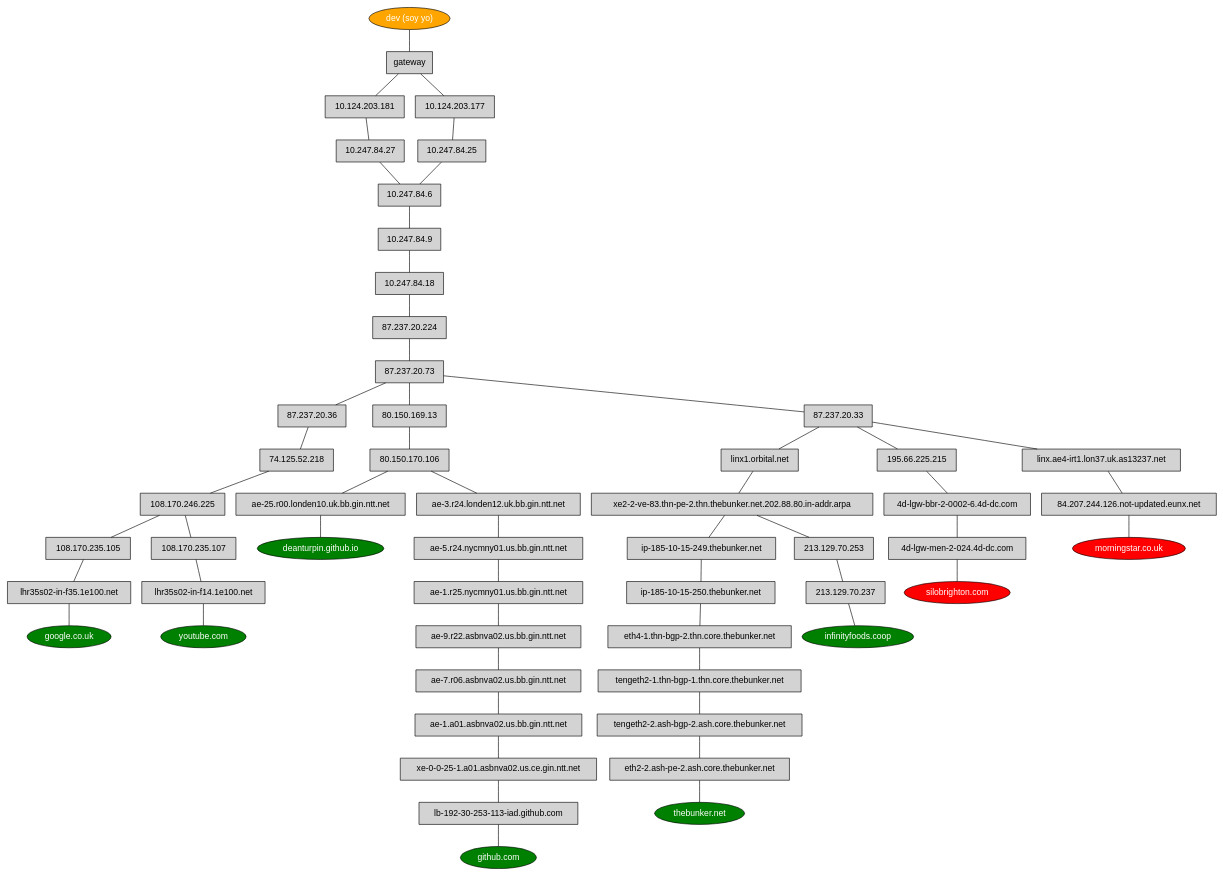
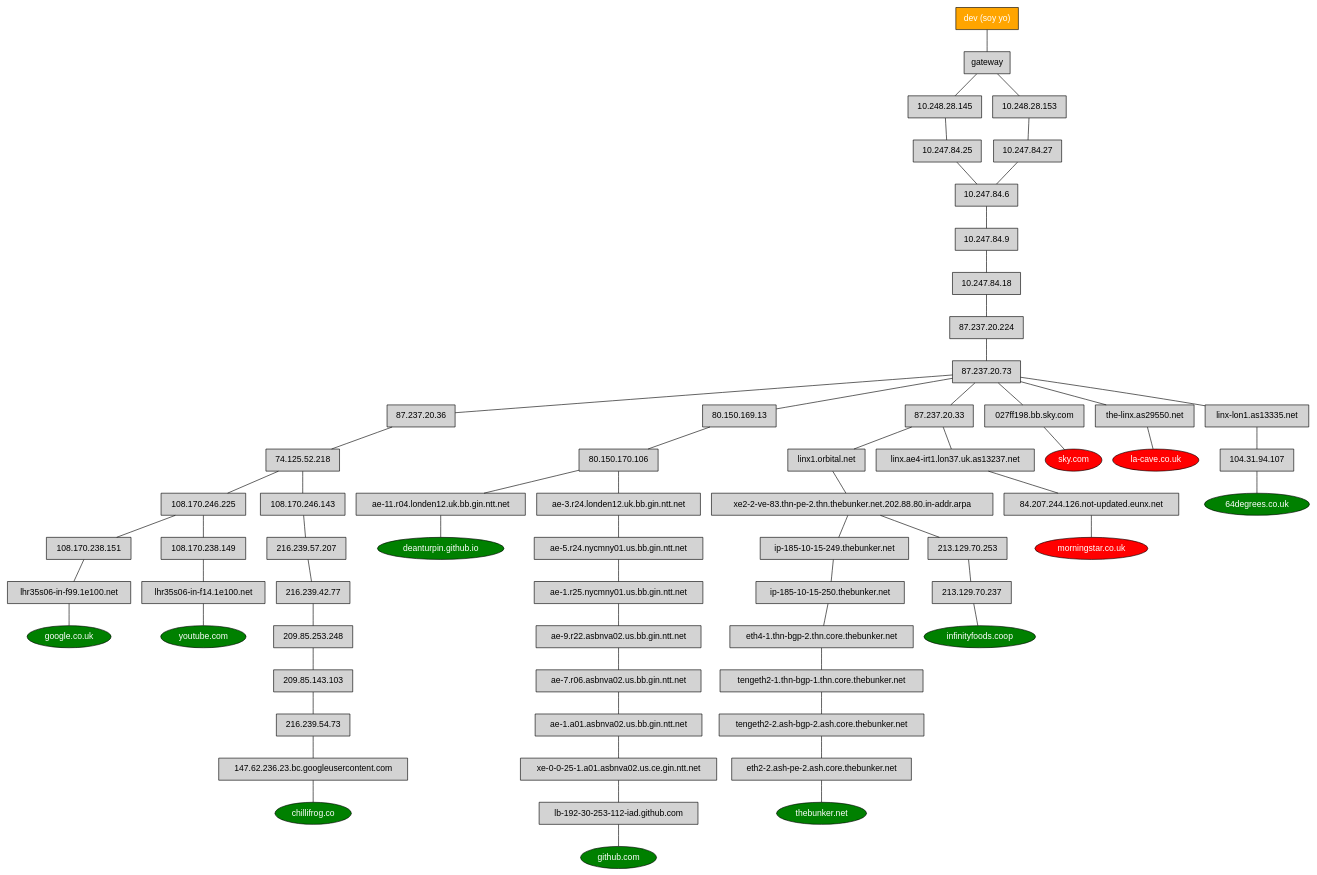
Before and after one commit to deanturpin/hosts2dot: the diagram in example.dot, drawn with Graphviz. The commit also changed 3 other files, not shown here.

```diff
--- a/example.dot
+++ b/example.dot
@@ -1,22 +1,31 @@
 strict graph {
 
-  node [shape=rectangle style=filled fontname=helvetica]
-  "soy yo" [label="dev (soy yo)" fillcolor=orange shape=oval fontcolor=white]
+node [shape=rectangle style=filled fontname=helvetica]
+soy_yo [label="dev (soy yo)" fillcolor=orange fontcolor=white]
 
-  "google.co.uk" [fillcolor=green shape=oval fontcolor=white]
-  "youtube.com" [fillcolor=green shape=oval fontcolor=white]
-  "deanturpin.github.io" [fillcolor=green shape=oval fontcolor=white]
-  "github.com" [fillcolor=green shape=oval fontcolor=white]
-  "thebunker.net" [fillcolor=green shape=oval fontcolor=white]
-  "silobrighton.com" [fillcolor=red shape=oval fontcolor=white]
-  "infinityfoods.coop" [fillcolor=green shape=oval fontcolor=white]
-  "morningstar.co.uk" [fillcolor=red shape=oval fontcolor=white]
-  "soy yo"--"gateway"--"10.124.203.181"--"10.247.84.27"--"10.247.84.6"--"10.247.84.9"--"10.247.84.18"--"87.237.20.224"--"87.237.20.73"--"87.237.20.36"--"74.125.52.218"--"108.170.246.225"--"108.170.235.105"--"lhr35s02-in-f35.1e100.net"--"google.co.uk"
-  "soy yo"--"gateway"--"10.124.203.177"--"10.247.84.25"--"10.247.84.6"--"10.247.84.9"--"10.247.84.18"--"87.237.20.224"--"87.237.20.73"--"87.237.20.36"--"74.125.52.218"--"108.170.246.225"--"108.170.235.107"--"lhr35s02-in-f14.1e100.net"--"youtube.com"
-  "soy yo"--"gateway"--"10.124.203.181"--"10.247.84.27"--"10.247.84.6"--"10.247.84.9"--"10.247.84.18"--"87.237.20.224"--"87.237.20.73"--"80.150.169.13"--"80.150.170.106"--"ae-25.r00.londen10.uk.bb.gin.ntt.net"--"deanturpin.github.io"
-  "soy yo"--"gateway"--"10.124.203.181"--"10.247.84.27"--"10.247.84.6"--"10.247.84.9"--"10.247.84.18"--"87.237.20.224"--"87.237.20.73"--"80.150.169.13"--"80.150.170.106"--"ae-3.r24.londen12.uk.bb.gin.ntt.net"--"ae-5.r24.nycmny01.us.bb.gin.ntt.net"--"ae-1.r25.nycmny01.us.bb.gin.ntt.net"--"ae-9.r22.asbnva02.us.bb.gin.ntt.net"--"ae-7.r06.asbnva02.us.bb.gin.ntt.net"--"ae-1.a01.asbnva02.us.bb.gin.ntt.net"--"xe-0-0-25-1.a01.asbnva02.us.ce.gin.ntt.net"--"lb-192-30-253-113-iad.github.com"--"github.com"
-  "soy yo"--"gateway"--"10.124.203.177"--"10.247.84.25"--"10.247.84.6"--"10.247.84.9"--"10.247.84.18"--"87.237.20.224"--"87.237.20.73"--"87.237.20.33"--"linx1.orbital.net"--"xe2-2-ve-83.thn-pe-2.thn.thebunker.net.202.88.80.in-addr.arpa"--"ip-185-10-15-249.thebunker.net"--"ip-185-10-15-250.thebunker.net"--"eth4-1.thn-bgp-2.thn.core.thebunker.net"--"tengeth2-1.thn-bgp-1.thn.core.thebunker.net"--"tengeth2-2.ash-bgp-2.ash.core.thebunker.net"--"eth2-2.ash-pe-2.ash.core.thebunker.net"--"thebunker.net"
-  "soy yo"--"gateway"--"10.124.203.177"--"10.247.84.25"--"10.247.84.6"--"10.247.84.9"--"10.247.84.18"--"87.237.20.224"--"87.237.20.73"--"87.237.20.33"--"195.66.225.215"--"4d-lgw-bbr-2-0002-6.4d-dc.com"--"4d-lgw-men-2-024.4d-dc.com"--"silobrighton.com"
-  "soy yo"--"gateway"--"10.124.203.177"--"10.247.84.25"--"10.247.84.6"--"10.247.84.9"--"10.247.84.18"--"87.237.20.224"--"87.237.20.73"--"87.237.20.33"--"linx1.orbital.net"--"xe2-2-ve-83.thn-pe-2.thn.thebunker.net.202.88.80.in-addr.arpa"--"213.129.70.253"--"213.129.70.237"--"infinityfoods.coop"
-  "soy yo"--"gateway"--"10.124.203.181"--"10.247.84.27"--"10.247.84.6"--"10.247.84.9"--"10.247.84.18"--"87.237.20.224"--"87.237.20.73"--"87.237.20.33"--"linx.ae4-irt1.lon37.uk.as13237.net"--"84.207.244.126.not-updated.eunx.net"--"morningstar.co.uk"
+// hosts
+"google.co.uk" [fillcolor=green shape=oval fontcolor=white]
+"youtube.com" [fillcolor=green shape=oval fontcolor=white]
+"deanturpin.github.io" [fillcolor=green shape=oval fontcolor=white]
+"github.com" [fillcolor=green shape=oval fontcolor=white]
+"thebunker.net" [fillcolor=green shape=oval fontcolor=white]
+"infinityfoods.coop" [fillcolor=green shape=oval fontcolor=white]
+"morningstar.co.uk" [fillcolor=red shape=oval fontcolor=white]
+"sky.com" [fillcolor=red shape=oval fontcolor=white]
+"la-cave.co.uk" [fillcolor=red shape=oval fontcolor=white]
+"64degrees.co.uk" [fillcolor=green shape=oval fontcolor=white]
+"chillifrog.co" [fillcolor=green shape=oval fontcolor=white]
+
+// routes
+soy_yo--"gateway"--"10.248.28.145"--"10.247.84.25"--"10.247.84.6"--"10.247.84.9"--"10.247.84.18"--"87.237.20.224"--"87.237.20.73"--"87.237.20.36"--"74.125.52.218"--"108.170.246.225"--"108.170.238.151"--"lhr35s06-in-f99.1e100.net"--"google.co.uk"
+soy_yo--"gateway"--"10.248.28.153"--"10.247.84.27"--"10.247.84.6"--"10.247.84.9"--"10.247.84.18"--"87.237.20.224"--"87.237.20.73"--"87.237.20.36"--"74.125.52.218"--"108.170.246.225"--"108.170.238.149"--"lhr35s06-in-f14.1e100.net"--"youtube.com"
+soy_yo--"gateway"--"10.248.28.153"--"10.247.84.27"--"10.247.84.6"--"10.247.84.9"--"10.247.84.18"--"87.237.20.224"--"87.237.20.73"--"80.150.169.13"--"80.150.170.106"--"ae-11.r04.londen12.uk.bb.gin.ntt.net"--"deanturpin.github.io"
+soy_yo--"gateway"--"10.248.28.145"--"10.247.84.25"--"10.247.84.6"--"10.247.84.9"--"10.247.84.18"--"87.237.20.224"--"87.237.20.73"--"80.150.169.13"--"80.150.170.106"--"ae-3.r24.londen12.uk.bb.gin.ntt.net"--"ae-5.r24.nycmny01.us.bb.gin.ntt.net"--"ae-1.r25.nycmny01.us.bb.gin.ntt.net"--"ae-9.r22.asbnva02.us.bb.gin.ntt.net"--"ae-7.r06.asbnva02.us.bb.gin.ntt.net"--"ae-1.a01.asbnva02.us.bb.gin.ntt.net"--"xe-0-0-25-1.a01.asbnva02.us.ce.gin.ntt.net"--"lb-192-30-253-112-iad.github.com"--"github.com"
+soy_yo--"gateway"--"10.248.28.145"--"10.247.84.25"--"10.247.84.6"--"10.247.84.9"--"10.247.84.18"--"87.237.20.224"--"87.237.20.73"--"87.237.20.33"--"linx1.orbital.net"--"xe2-2-ve-83.thn-pe-2.thn.thebunker.net.202.88.80.in-addr.arpa"--"ip-185-10-15-249.thebunker.net"--"ip-185-10-15-250.thebunker.net"--"eth4-1.thn-bgp-2.thn.core.thebunker.net"--"tengeth2-1.thn-bgp-1.thn.core.thebunker.net"--"tengeth2-2.ash-bgp-2.ash.core.thebunker.net"--"eth2-2.ash-pe-2.ash.core.thebunker.net"--"thebunker.net"
+soy_yo--"gateway"--"10.248.28.145"--"10.247.84.25"--"10.247.84.6"--"10.247.84.9"--"10.247.84.18"--"87.237.20.224"--"87.237.20.73"--"87.237.20.33"--"linx1.orbital.net"--"xe2-2-ve-83.thn-pe-2.thn.thebunker.net.202.88.80.in-addr.arpa"--"213.129.70.253"--"213.129.70.237"--"infinityfoods.coop"
+soy_yo--"gateway"--"10.248.28.153"--"10.247.84.27"--"10.247.84.6"--"10.247.84.9"--"10.247.84.18"--"87.237.20.224"--"87.237.20.73"--"87.237.20.33"--"linx.ae4-irt1.lon37.uk.as13237.net"--"84.207.244.126.not-updated.eunx.net"--"morningstar.co.uk"
+soy_yo--"gateway"--"10.248.28.153"--"10.247.84.27"--"10.247.84.6"--"10.247.84.9"--"10.247.84.18"--"87.237.20.224"--"87.237.20.73"--"027ff198.bb.sky.com"--"sky.com"
+soy_yo--"gateway"--"10.248.28.145"--"10.247.84.25"--"10.247.84.6"--"10.247.84.9"--"10.247.84.18"--"87.237.20.224"--"87.237.20.73"--"the-linx.as29550.net"--"la-cave.co.uk"
+soy_yo--"gateway"--"10.248.28.145"--"10.247.84.25"--"10.247.84.6"--"10.247.84.9"--"10.247.84.18"--"87.237.20.224"--"87.237.20.73"--"linx-lon1.as13335.net"--"104.31.94.107"--"64degrees.co.uk"
+soy_yo--"gateway"--"10.248.28.153"--"10.247.84.27"--"10.247.84.6"--"10.247.84.9"--"10.247.84.18"--"87.237.20.224"--"87.237.20.73"--"87.237.20.36"--"74.125.52.218"--"108.170.246.143"--"216.239.57.207"--"216.239.42.77"--"209.85.253.248"--"209.85.143.103"--"216.239.54.73"--"147.62.236.23.bc.googleusercontent.com"--"chillifrog.co"
 }
```
